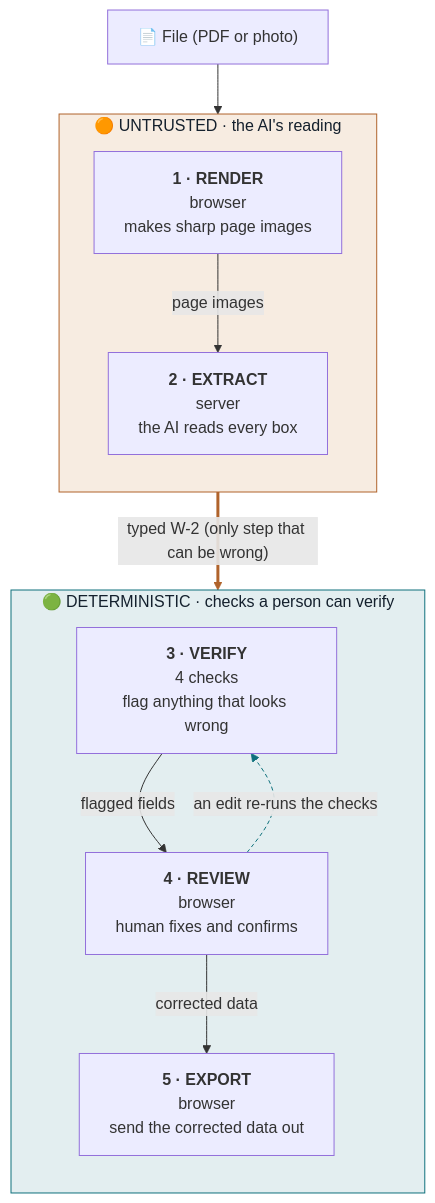
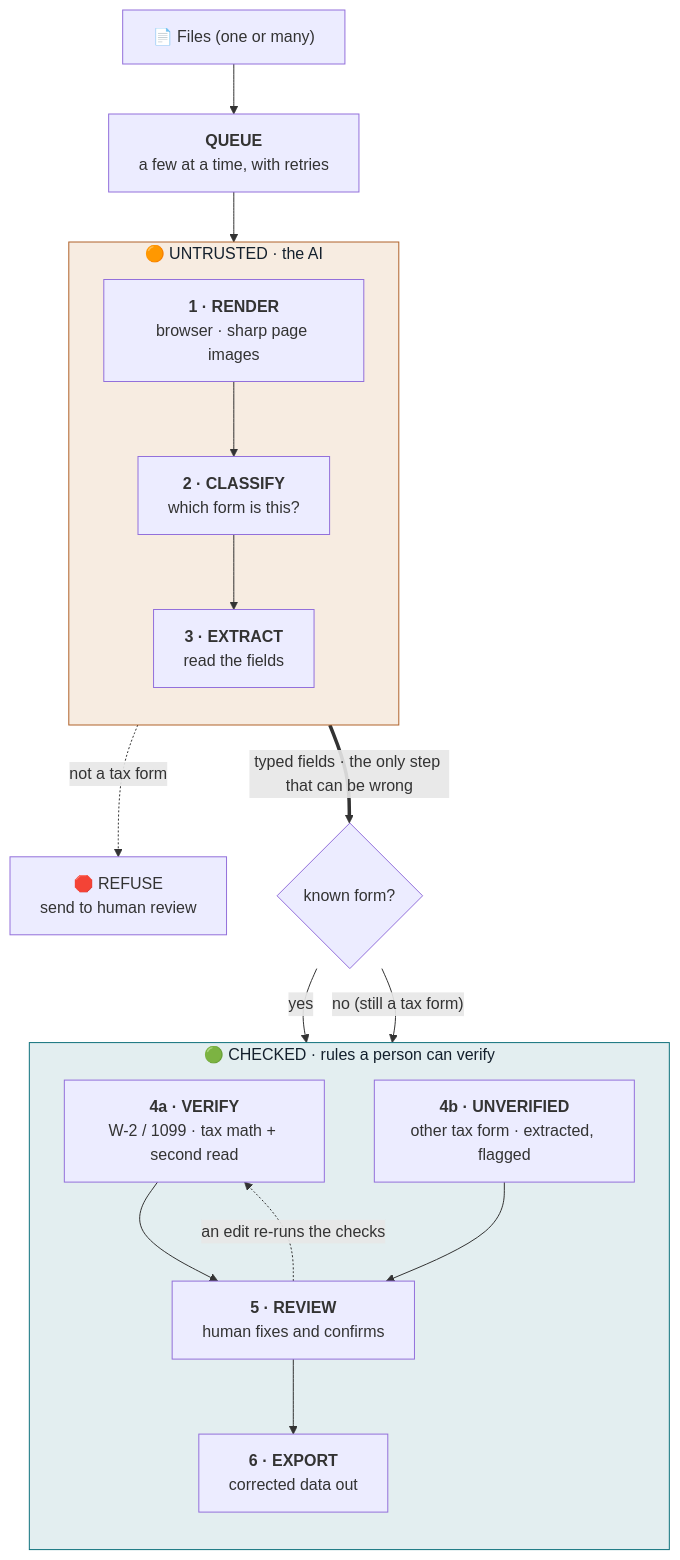
One commit to thak005004/trueform changed the diagram in ARCHITECTURE.md. Above: the diagram before and after it, drawn with Mermaid. The commit also changed other lines of this file, not shown here.

First line of the commit message:
docs: rewrite ARCHITECTURE for the multi-form design

````diff
--- a/ARCHITECTURE.md
+++ b/ARCHITECTURE.md
@@ -9,29 +12,37 @@
 ```mermaid
 flowchart TD
-    F["📄 File (PDF or photo)"]
+    F["📄 Files (one or many)"]
+    Q["<b>QUEUE</b><br/>a few at a time, with retries"]
+    F --> Q
 
-    subgraph UNTRUSTED["🟠 UNTRUSTED · the AI's reading"]
+    subgraph UNTRUSTED["🟠 UNTRUSTED · the AI"]
         direction TB
-        R["<b>1 · RENDER</b><br/>browser<br/>makes sharp page images"]
-        E["<b>2 · EXTRACT</b><br/>server<br/>the AI reads every box"]
-        R -->|"page images"| E
+        R["<b>1 · RENDER</b><br/>browser · sharp page images"]
+        C["<b>2 · CLASSIFY</b><br/>which form is this?"]
+        E["<b>3 · EXTRACT</b><br/>read the fields"]
+        R --> C --> E
     end
 
-    subgraph DET["🟢 DETERMINISTIC · checks a person can verify"]
+    Q --> R
+    C -.->|"not a tax form"| REFUSE["🛑 REFUSE<br/>send to human review"]
+
+    E ==>|"typed fields · the only step that can be wrong"| ROUTE{"known form?"}
+
+    subgraph DET["🟢 CHECKED · rules a person can verify"]
         direction TB
-        V["<b>3 · VERIFY</b><br/>4 checks<br/>flag anything that looks wrong"]
-        RV["<b>4 · REVIEW</b><br/>browser<br/>human fixes and confirms"]
-        X["<b>5 · EXPORT</b><br/>browser<br/>send the corrected data out"]
-        V -->|"flagged fields"| RV
-        RV -->|"corrected data"| X
+        V["<b>4a · VERIFY</b><br/>W-2 / 1099 · tax math + second read"]
+        U["<b>4b · UNVERIFIED</b><br/>other tax form · extracted, flagged"]
+        RV["<b>5 · REVIEW</b><br/>human fixes and confirms"]
+        X["<b>6 · EXPORT</b><br/>corrected data out"]
+        V --> RV
+        U --> RV
+        RV --> X
     end
 
-    F --> R
-    E ==>|"typed W-2 (only step that can be wrong)"| V
+    ROUTE -->|"yes"| V
+    ROUTE -->|"no (still a tax form)"| U
     RV -.->|"an edit re-runs the checks"| V
 
     style UNTRUSTED fill:#f7ece1,stroke:#B0632B,color:#14202D
     style DET fill:#e3eef0,stroke:#0F717C,color:#14202D
-    linkStyle 4 stroke:#B0632B,stroke-width:3px
-    linkStyle 5 stroke:#0F717C,stroke-dasharray:4 3
 ```
````
